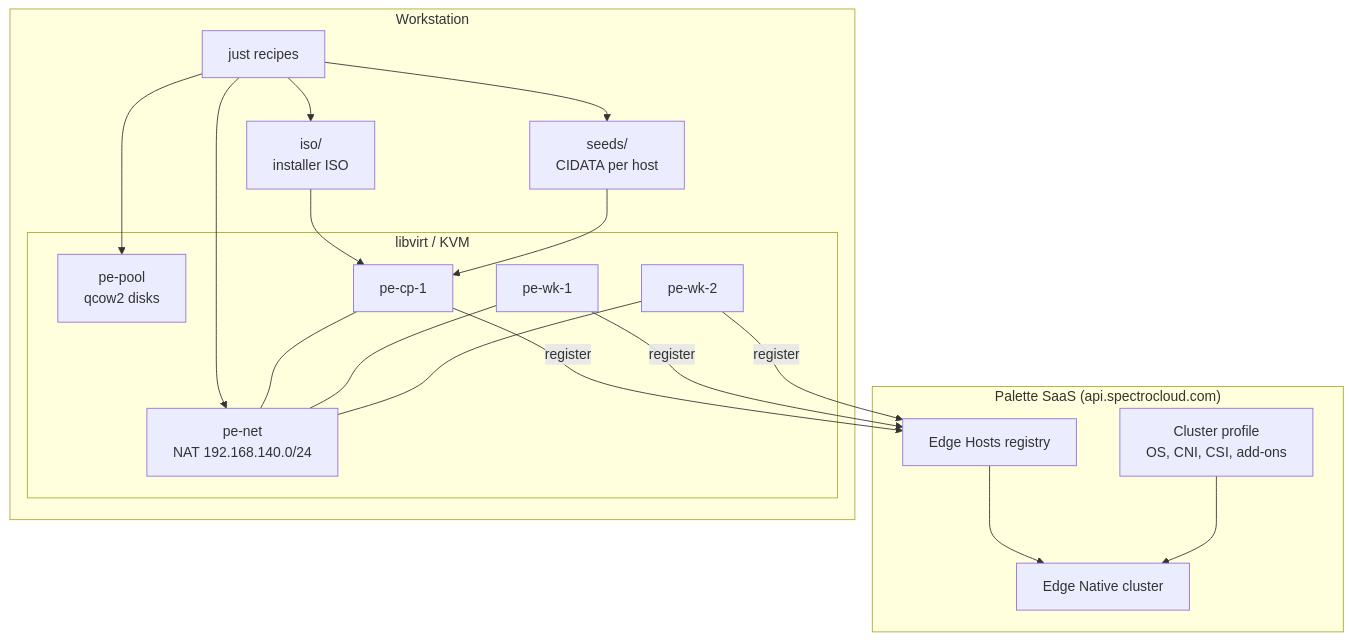
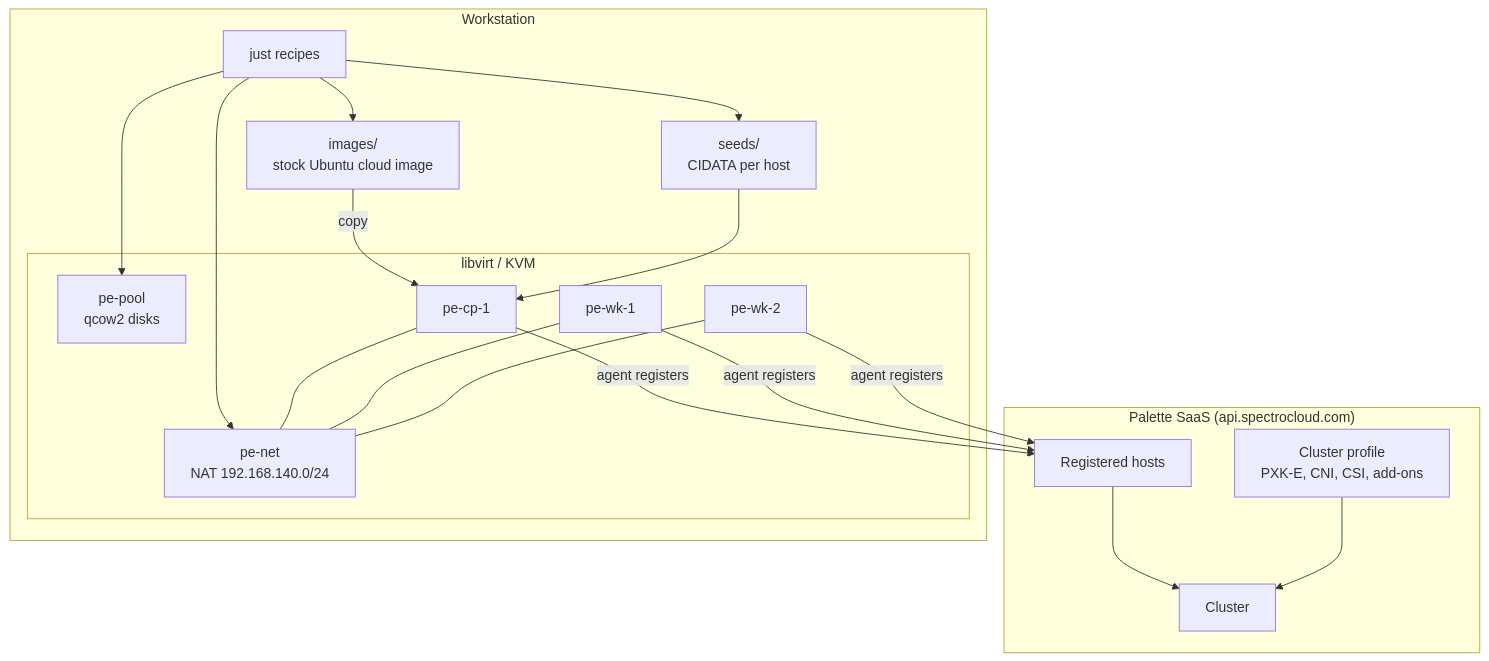
The first of 2 diagrams in docs/src/architecture.md (como-technologies/palette-edge-libvirt), drawn with Mermaid before and after one commit. The commit also changed other lines of this file and 23 other files, not shown here.

````diff
--- a/docs/src/architecture.md
+++ b/docs/src/architecture.md
@@ -5,36 +11,36 @@
 ```mermaid
 flowchart TB
     subgraph SaaS["Palette SaaS (api.spectrocloud.com)"]
-        PROF["Cluster profile<br/>OS, CNI, CSI, add-ons"]
-        HOSTS["Edge Hosts registry"]
-        CLU["Edge Native cluster"]
+        PROF["Cluster profile<br/>PXK-E, CNI, CSI, add-ons"]
+        HOSTS["Registered hosts"]
+        CLU["Cluster"]
     end
 
     subgraph WS["Workstation"]
         JUST["just recipes"]
+        IMG["images/<br/>stock Ubuntu cloud image"]
+        SEED["seeds/<br/>CIDATA per host"]
         subgraph LV["libvirt / KVM"]
             NET["pe-net<br/>NAT 192.168.140.0/24"]
             POOL["pe-pool<br/>qcow2 disks"]
             CP["pe-cp-1"]
             WK1["pe-wk-1"]
             WK2["pe-wk-2"]
         end
-        ISO["iso/<br/>installer ISO"]
-        SEED["seeds/<br/>CIDATA per host"]
     end
 
     JUST --> NET
     JUST --> POOL
-    JUST --> ISO
+    JUST --> IMG
     JUST --> SEED
-    ISO --> CP
+    IMG -->|copy| CP
     SEED --> CP
     CP --- NET
     WK1 --- NET
     WK2 --- NET
-    CP -->|register| HOSTS
-    WK1 -->|register| HOSTS
-    WK2 -->|register| HOSTS
+    CP -->|agent registers| HOSTS
+    WK1 -->|agent registers| HOSTS
+    WK2 -->|agent registers| HOSTS
     HOSTS --> CLU
     PROF --> CLU
 ```
````
